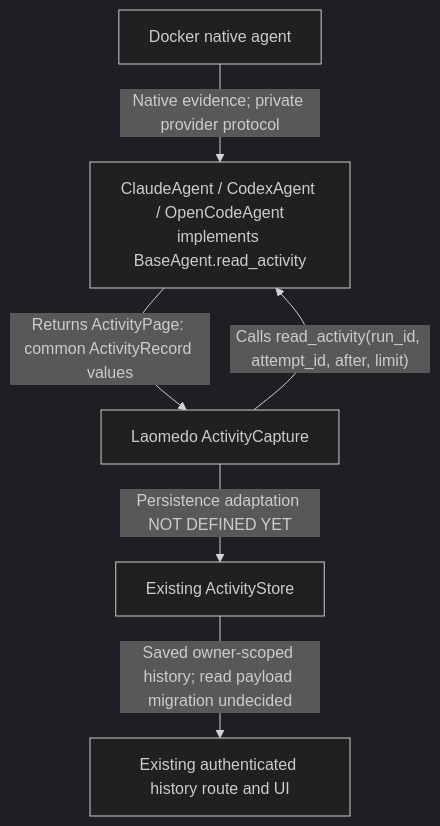
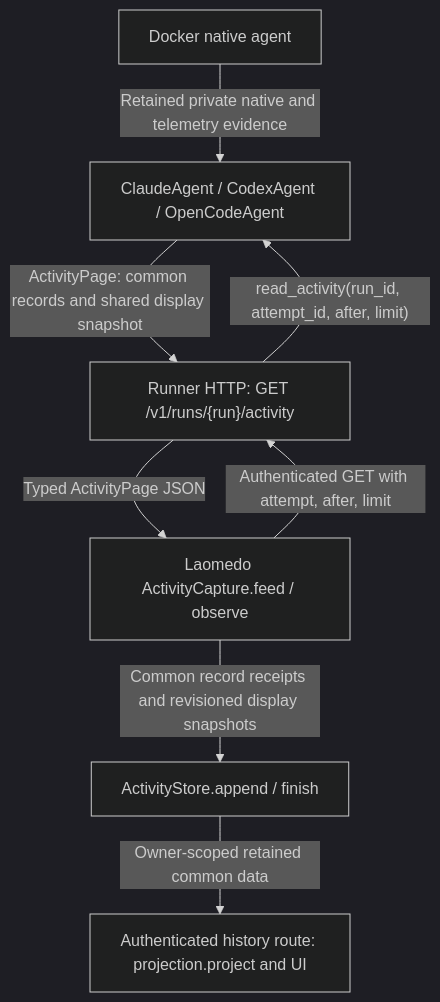
Before and after one commit to amadou-6e/laomedo: the diagram in docs/architecture/activity-interface.md, drawn with Mermaid (dark theme). The commit also changed other lines of this file and 24 other files, not shown here.

Commit message:
refactor: capture and display normalized provider activity

````diff
--- a/docs/architecture/activity-interface.md
+++ b/docs/architecture/activity-interface.md
@@ -200,15 +121,16 @@
 ```mermaid
 flowchart TD
     Native["Docker native agent"]
-    Provider["ClaudeAgent / CodexAgent / OpenCodeAgent
-implements BaseAgent.read_activity"]
-    Capture["Laomedo ActivityCapture"]
-    Store["Existing ActivityStore"]
-    UI["Existing authenticated history route and UI"]
-
-    Native -->|"Native evidence; private provider protocol"| Provider
-    Capture -->|"Calls read_activity(run_id, attempt_id, after, limit)"| Provider
-    Provider -->|"Returns ActivityPage: common ActivityRecord values"| Capture
-    Capture -->|"Persistence adaptation NOT DEFINED YET"| Store
-    Store -->|"Saved owner-scoped history; read payload migration undecided"| UI
+    Provider["ClaudeAgent / CodexAgent / OpenCodeAgent"]
+    HTTP["Runner HTTP: GET /v1/runs/{run}/activity"]
+    Capture["Laomedo ActivityCapture.feed / observe"]
+    Store["ActivityStore.append / finish"]
+    Display["Authenticated history route: projection.project and UI"]
+    Native -->|"Retained private native and telemetry evidence"| Provider
+    HTTP -->|"read_activity(run_id, attempt_id, after, limit)"| Provider
+    Provider -->|"ActivityPage: common records and shared display snapshot"| HTTP
+    Capture -->|"Authenticated GET with attempt, after, limit"| HTTP
+    HTTP -->|"Typed ActivityPage JSON"| Capture
+    Capture -->|"Common record receipts and revisioned display snapshots"| Store
+    Store -->|"Owner-scoped retained common data"| Display
 ```
````
